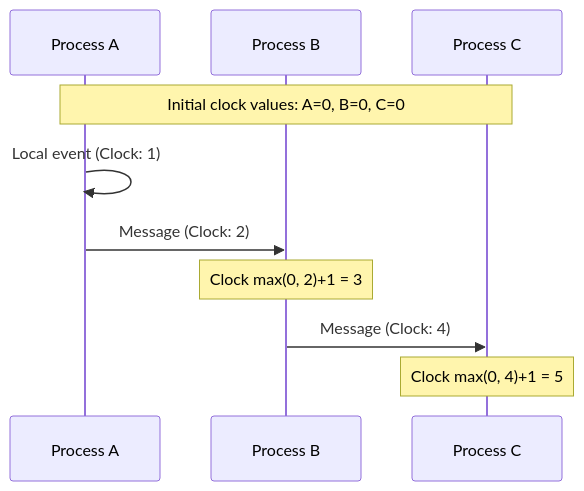
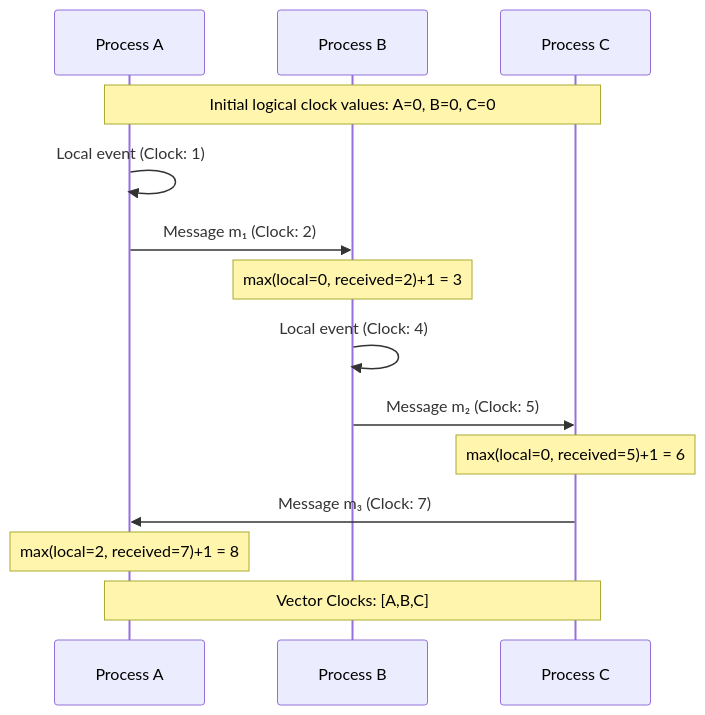
The fifth of 8 diagrams in README.md (Asim-Shah-2004/Distributed_Computing), drawn with Mermaid before and after one commit. The commit also changed other lines of this file, not shown here.

````diff
--- a/README.md
+++ b/README.md
@@ -67,12 +176,19 @@
 ```mermaid
 sequenceDiagram
     participant A as Process A
     participant B as Process B
     participant C as Process C
-    Note over A,C: Initial clock values: A=0, B=0, C=0
+    
+    Note over A,C: Initial logical clock values: A=0, B=0, C=0
+    
     A->>A: Local event (Clock: 1)
-    A->>B: Message (Clock: 2)
-    Note over B: Clock max(0, 2)+1 = 3
-    B->>C: Message (Clock: 4)
-    Note over C: Clock max(0, 4)+1 = 5
+    A->>B: Message m₁ (Clock: 2)
+    Note over B: max(local=0, received=2)+1 = 3
+    B->>B: Local event (Clock: 4)
+    B->>C: Message m₂ (Clock: 5)
+    Note over C: max(local=0, received=5)+1 = 6
+    C->>A: Message m₃ (Clock: 7)
+    Note over A: max(local=2, received=7)+1 = 8
+    
+    Note over A,C: Vector Clocks: [A,B,C]
 ```
````
